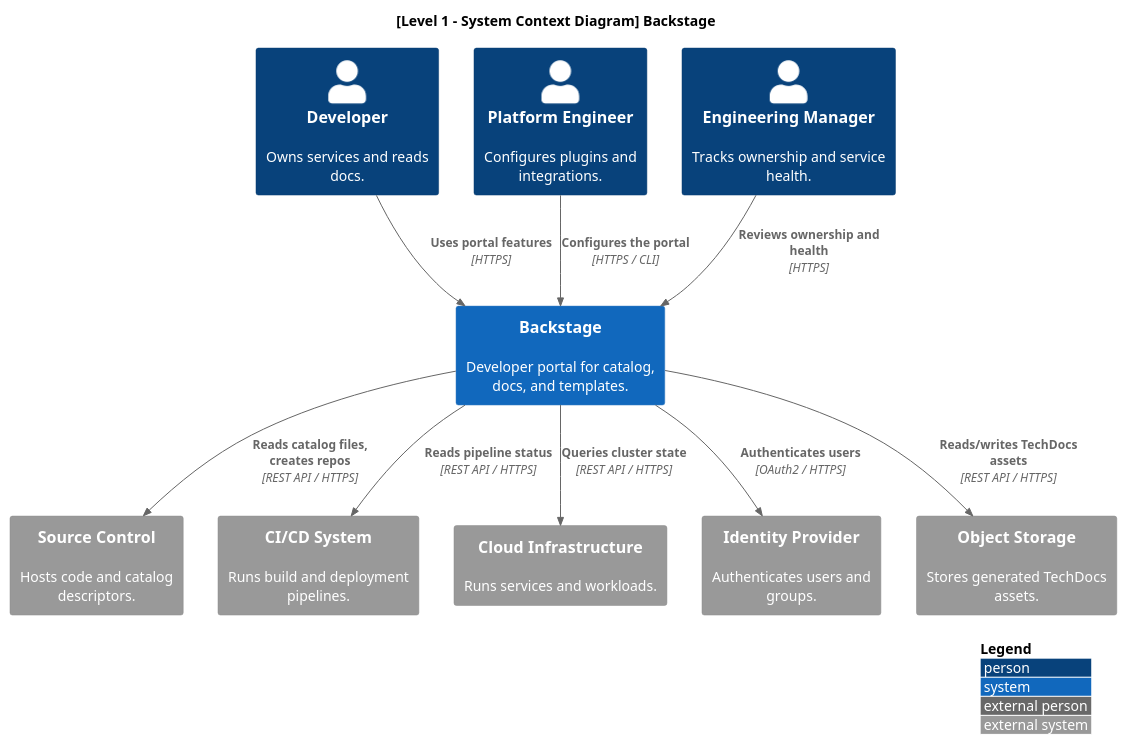
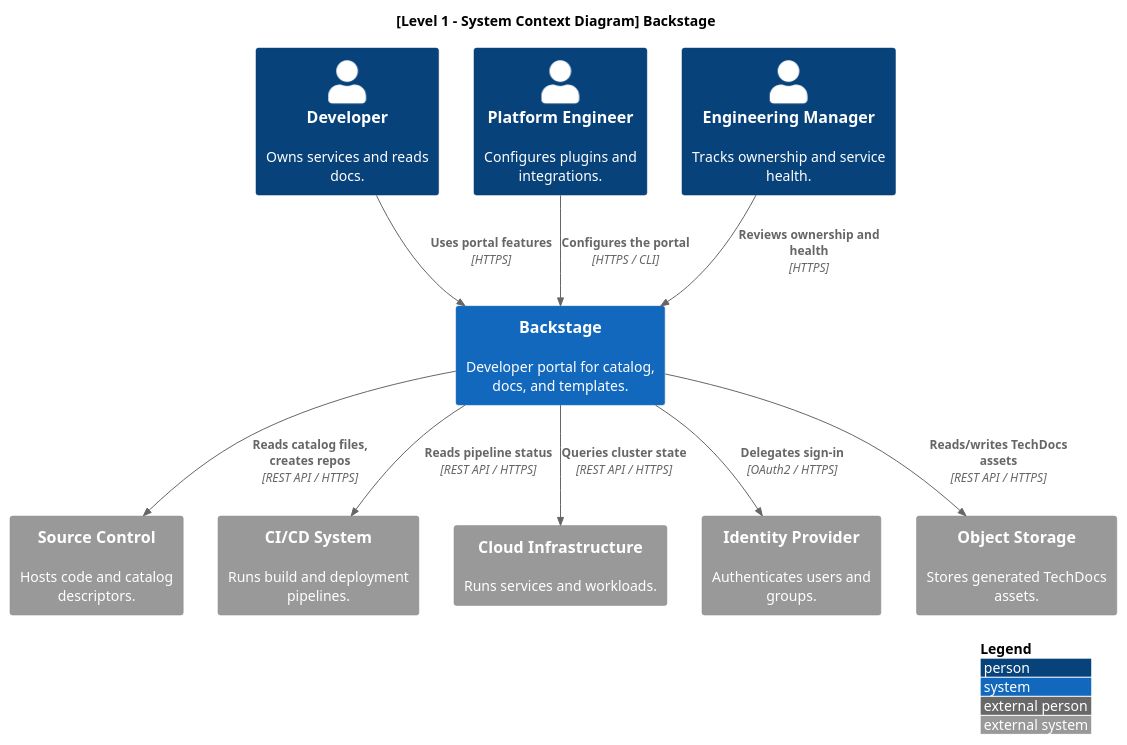
One commit to Group06-SwDA/Project changed the diagram in notes/architecture/diagrams/context-diagram.puml. Above: the diagram before and after it, drawn with PlantUML. The commit also changed 11 other files, not shown here.

Commit message:
feat: checked diagrams in details and minore changes

```diff
--- a/notes/architecture/diagrams/context-diagram.puml
+++ b/notes/architecture/diagrams/context-diagram.puml
@@ -1,27 +1,27 @@
 @startuml
 !include <c4/C4_Context.puml>
 LAYOUT_WITH_LEGEND()
 title [Level 1 - System Context Diagram] Backstage
 
 Person(developer, "Developer", "Owns services and reads docs.")
 Person(platform_eng, "Platform Engineer", "Configures plugins and integrations.")
 Person(eng_manager, "Engineering Manager", "Tracks ownership and service health.")
 
 System(backstage, "Backstage", "Developer portal for catalog, docs, and templates.")
 
 System_Ext(source_control, "Source Control", "Hosts code and catalog descriptors.")
 System_Ext(cicd, "CI/CD System", "Runs build and deployment pipelines.")
 System_Ext(cloud_infra, "Cloud Infrastructure", "Runs services and workloads.")
 System_Ext(idp, "Identity Provider", "Authenticates users and groups.")
 System_Ext(object_storage, "Object Storage", "Stores generated TechDocs assets.")
 
 Rel(developer, backstage, "Uses portal features", "HTTPS")
 Rel(platform_eng, backstage, "Configures the portal", "HTTPS / CLI")
 Rel(eng_manager, backstage, "Reviews ownership and health", "HTTPS")
 
 Rel(backstage, source_control, "Reads catalog files, creates repos", "REST API / HTTPS")
 Rel(backstage, cicd, "Reads pipeline status", "REST API / HTTPS")
 Rel(backstage, cloud_infra, "Queries cluster state", "REST API / HTTPS")
-Rel(backstage, idp, "Authenticates users", "OAuth2 / HTTPS")
+Rel(backstage, idp, "Delegates sign-in", "OAuth2 / HTTPS")
 Rel(backstage, object_storage, "Reads/writes TechDocs assets", "REST API / HTTPS")
 @enduml
```
